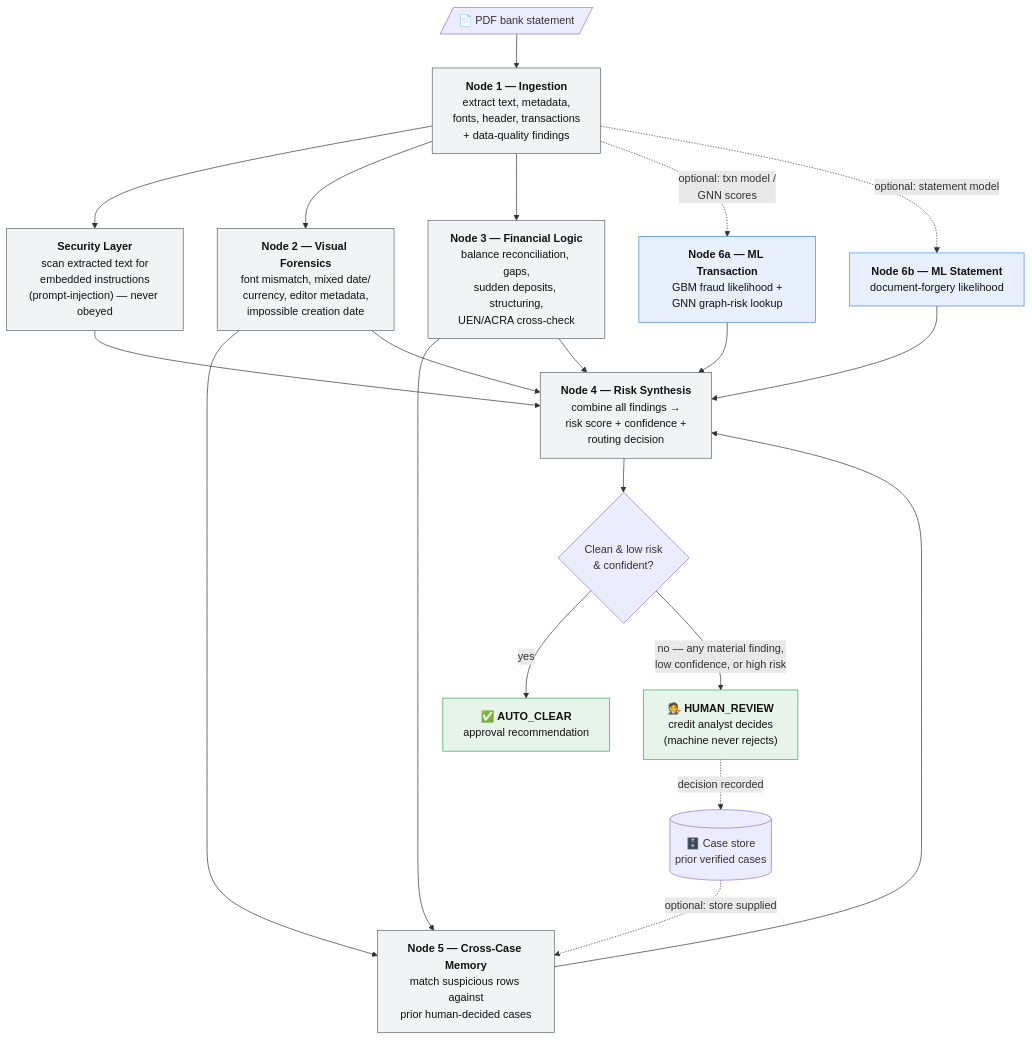
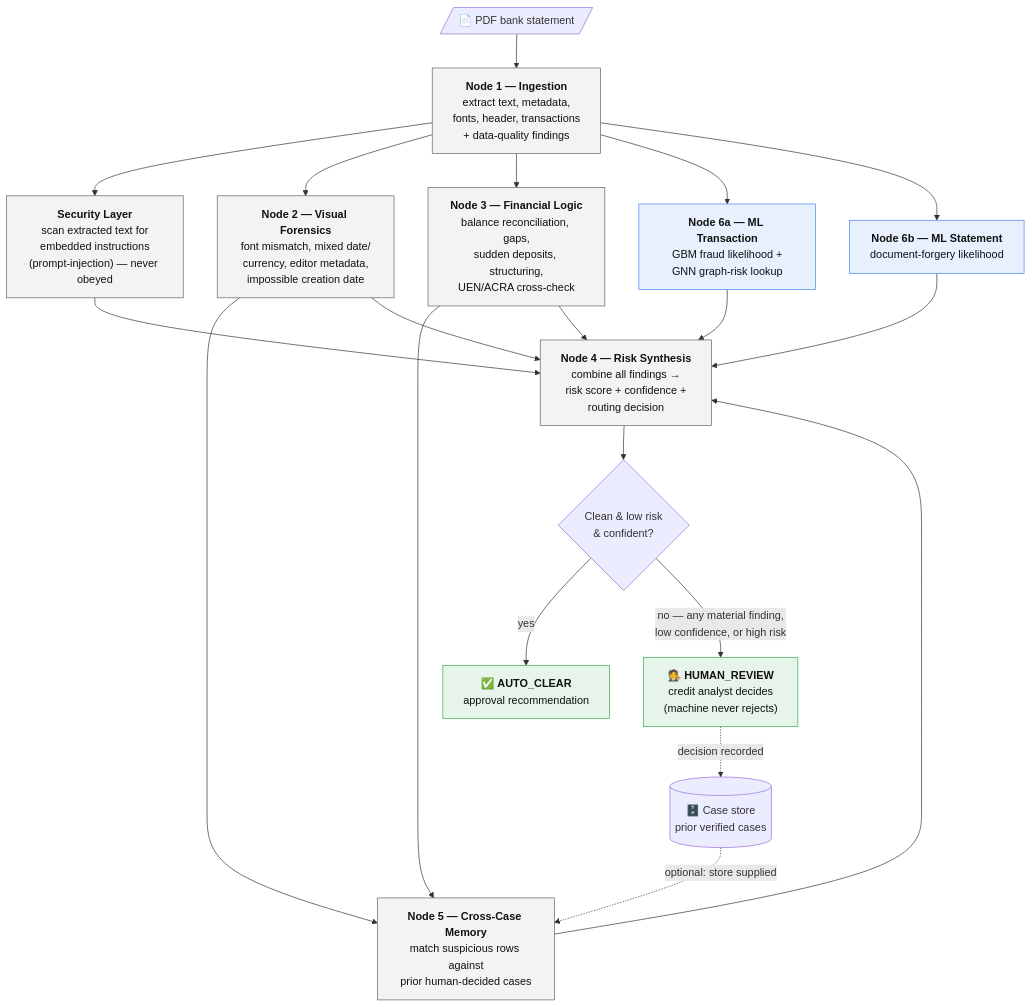
Before and after one commit to elline-c/AI-in-finance-: the diagram in WORKFLOW.md, drawn with Mermaid. The commit also changed other lines of this file, not shown here.

First line of the commit message:
Update WORKFLOW.md: reflect Nodes 6a/6b are now active

````diff
--- a/WORKFLOW.md
+++ b/WORKFLOW.md
@@ -10,45 +10,45 @@
 ```mermaid
 flowchart TD
     PDF[/"📄 PDF bank statement"/] --> N1
 
     N1["<b>Node 1 — Ingestion</b><br/>extract text, metadata,<br/>fonts, header, transactions<br/>+ data-quality findings"]
 
     N1 --> SEC["<b>Security Layer</b><br/>scan extracted text for<br/>embedded instructions<br/>(prompt-injection) — never obeyed"]
 
     %% Independent detection agents all consume the ingestion result
     N1 --> N2["<b>Node 2 — Visual Forensics</b><br/>font mismatch, mixed date/<br/>currency, editor metadata,<br/>impossible creation date"]
     N1 --> N3["<b>Node 3 — Financial Logic</b><br/>balance reconciliation, gaps,<br/>sudden deposits, structuring,<br/>UEN/ACRA cross-check"]
 
-    %% Optional ML agents (only if a model/store is supplied)
-    N1 -.optional: txn model /<br/>GNN scores.-> N6A["<b>Node 6a — ML Transaction</b><br/>GBM fraud likelihood +<br/>GNN graph-risk lookup"]
-    N1 -.optional: statement model.-> N6B["<b>Node 6b — ML Statement</b><br/>document-forgery likelihood"]
+    %% ML agents — now active: models are loaded at startup and run every screening
+    N1 --> N6A["<b>Node 6a — ML Transaction</b><br/>GBM fraud likelihood +<br/>GNN graph-risk lookup"]
+    N1 --> N6B["<b>Node 6b — ML Statement</b><br/>document-forgery likelihood"]
 
     %% Node 5 memory depends on prior case store + this run's suspicious rows
     N2 --> N5
     N3 --> N5
     STORE[("🗄️ Case store<br/>prior verified cases")] -.optional: store supplied.-> N5["<b>Node 5 — Cross-Case Memory</b><br/>match suspicious rows against<br/>prior human-decided cases"]
 
     %% Everyone's findings flow into synthesis
     SEC --> N4
     N2 --> N4
     N3 --> N4
     N6A --> N4
     N6B --> N4
     N5 --> N4
 
     N4["<b>Node 4 — Risk Synthesis</b><br/>combine all findings →<br/>risk score + confidence +<br/>routing decision"]
 
     N4 --> DECISION{"Clean & low risk<br/>& confident?"}
     DECISION -->|yes| AUTO["✅ <b>AUTO_CLEAR</b><br/>approval recommendation"]
     DECISION -->|"no — any material finding,<br/>low confidence, or high risk"| HUMAN["🧑‍⚖️ <b>HUMAN_REVIEW</b><br/>credit analyst decides<br/>(machine never rejects)"]
 
     %% Human decision feeds back into the memory store
     HUMAN -.decision recorded.-> STORE
 
     classDef ml fill:#e8f0fe,stroke:#4285f4,color:#111;
     classDef core fill:#f1f3f4,stroke:#5f6368,color:#111;
     classDef outcome fill:#e6f4ea,stroke:#34a853,color:#111;
     class N6A,N6B ml;
     class N1,N2,N3,N4,N5,SEC core;
     class AUTO,HUMAN outcome;
 ```
````
